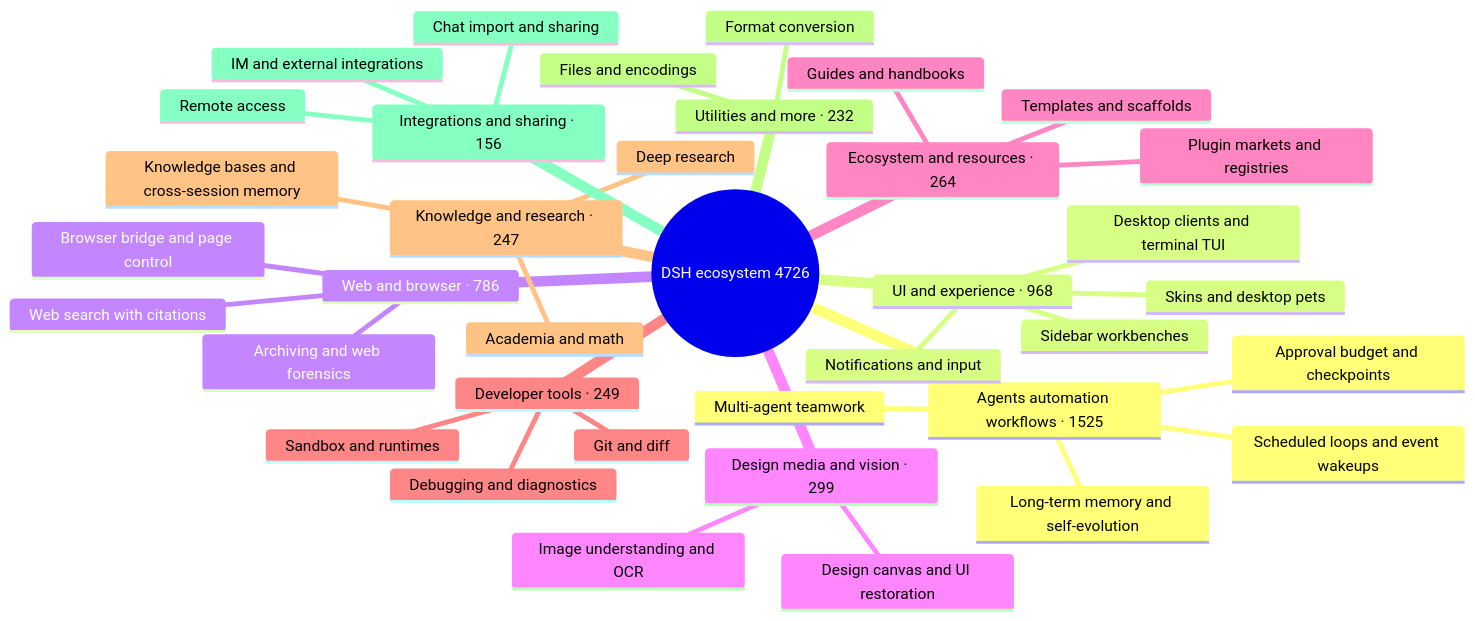
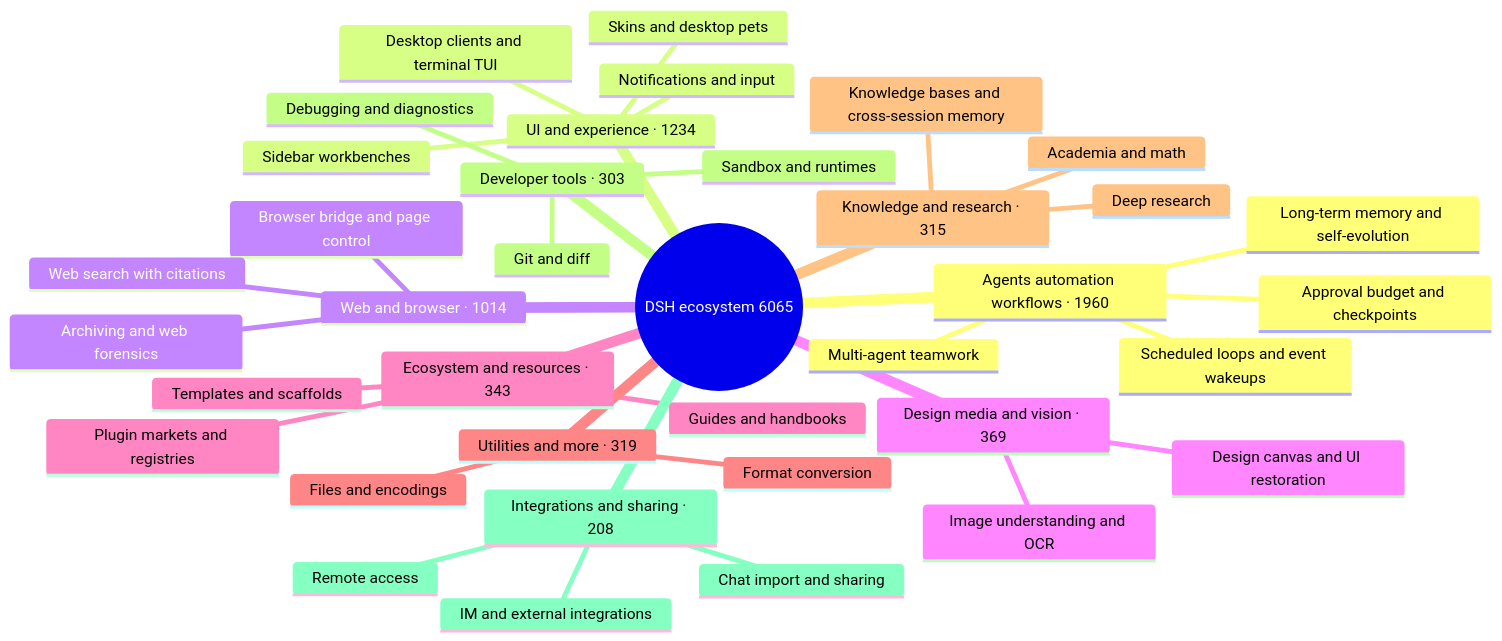
Before and after one commit to PGZXB/awesome-dsh-plugin-3: the diagram in README_EN.md, drawn with Mermaid. The commit also changed other lines of this file and 10 other files, not shown here.

````diff
--- a/README_EN.md
+++ b/README_EN.md
@@ -33,40 +33,40 @@
 ```mermaid
 mindmap
-  root((DSH ecosystem 4726))
-    Agents automation workflows · 1525
+  root((DSH ecosystem 6065))
+    Agents automation workflows · 1960
       Scheduled loops and event wakeups
       Multi-agent teamwork
       Long-term memory and self-evolution
       Approval budget and checkpoints
-    UI and experience · 968
+    UI and experience · 1234
       Desktop clients and terminal TUI
       Sidebar workbenches
       Skins and desktop pets
       Notifications and input
-    Web and browser · 786
+    Web and browser · 1014
       Browser bridge and page control
       Web search with citations
       Archiving and web forensics
-    Design media and vision · 299
+    Design media and vision · 369
       Image understanding and OCR
       Design canvas and UI restoration
-    Ecosystem and resources · 264
+    Ecosystem and resources · 343
       Plugin markets and registries
       Templates and scaffolds
       Guides and handbooks
-    Developer tools · 249
+    Utilities and more · 319
+      Files and encodings
+      Format conversion
+    Knowledge and research · 315
+      Knowledge bases and cross-session memory
+      Deep research
+      Academia and math
+    Developer tools · 303
       Git and diff
       Sandbox and runtimes
       Debugging and diagnostics
-    Knowledge and research · 247
-      Knowledge bases and cross-session memory
-      Deep research
-      Academia and math
-    Utilities and more · 232
-      Files and encodings
-      Format conversion
-    Integrations and sharing · 156
+    Integrations and sharing · 208
       Chat import and sharing
       Remote access
       IM and external integrations
 ```
````
